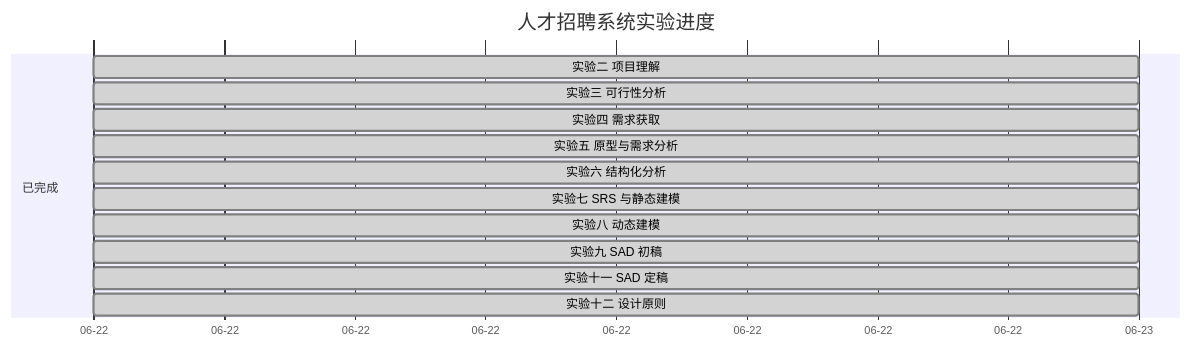
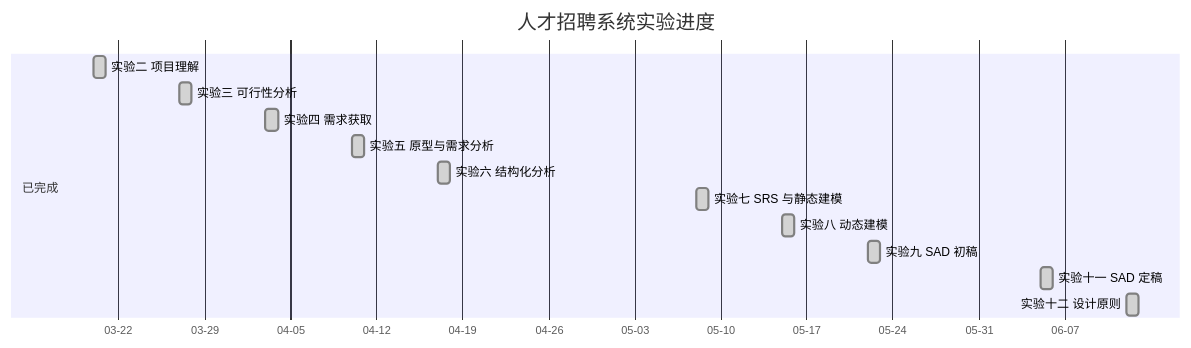
One commit to wang0-sudo/ren changed the diagram in 软件工程实验成果/实验十二_设计原则与依赖注入/项目跟踪表.md. Above: the diagram before and after it, drawn with Mermaid. The commit also changed 20 other files, not shown here.

````diff
--- a/软件工程实验成果/实验十二_设计原则与依赖注入/项目跟踪表.md
+++ b/软件工程实验成果/实验十二_设计原则与依赖注入/项目跟踪表.md
@@ -52,18 +52,18 @@
 ```mermaid
 gantt
     title 人才招聘系统实验进度
     dateFormat  YYYY-MM-DD
     axisFormat  %m-%d
 
     section 已完成
-    实验二 项目理解           :done, e2, 2026-06-22, 1d
-    实验三 可行性分析         :done, e3, 2026-06-22, 1d
-    实验四 需求获取           :done, e4, 2026-06-22, 1d
-    实验五 原型与需求分析     :done, e5, 2026-06-22, 1d
-    实验六 结构化分析         :done, e6, 2026-06-22, 1d
-    实验七 SRS 与静态建模     :done, e7, 2026-06-22, 1d
-    实验八 动态建模           :done, e8, 2026-06-22, 1d
-    实验九 SAD 初稿           :done, e9, 2026-06-22, 1d
-    实验十一 SAD 定稿         :done, e11, 2026-06-22, 1d
-    实验十二 设计原则         :done, e12, 2026-06-22, 1d
+    实验二 项目理解           :done, e2, 2026-03-20, 1d
+    实验三 可行性分析         :done, e3, 2026-03-27, 1d
+    实验四 需求获取           :done, e4, 2026-04-03, 1d
+    实验五 原型与需求分析     :done, e5, 2026-04-10, 1d
+    实验六 结构化分析         :done, e6, 2026-04-17, 1d
+    实验七 SRS 与静态建模     :done, e7, 2026-05-08, 1d
+    实验八 动态建模           :done, e8, 2026-05-15, 1d
+    实验九 SAD 初稿           :done, e9, 2026-05-22, 1d
+    实验十一 SAD 定稿         :done, e11, 2026-06-05, 1d
+    实验十二 设计原则         :done, e12, 2026-06-12, 1d
 ```
````
